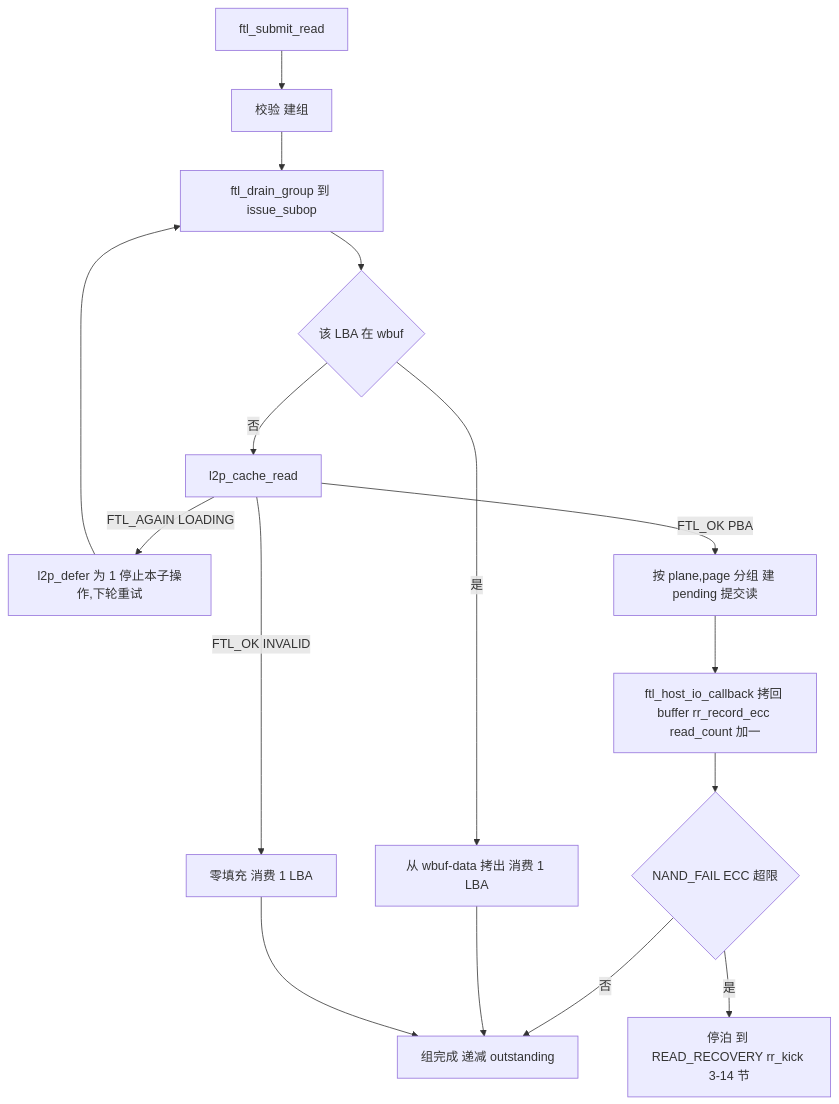
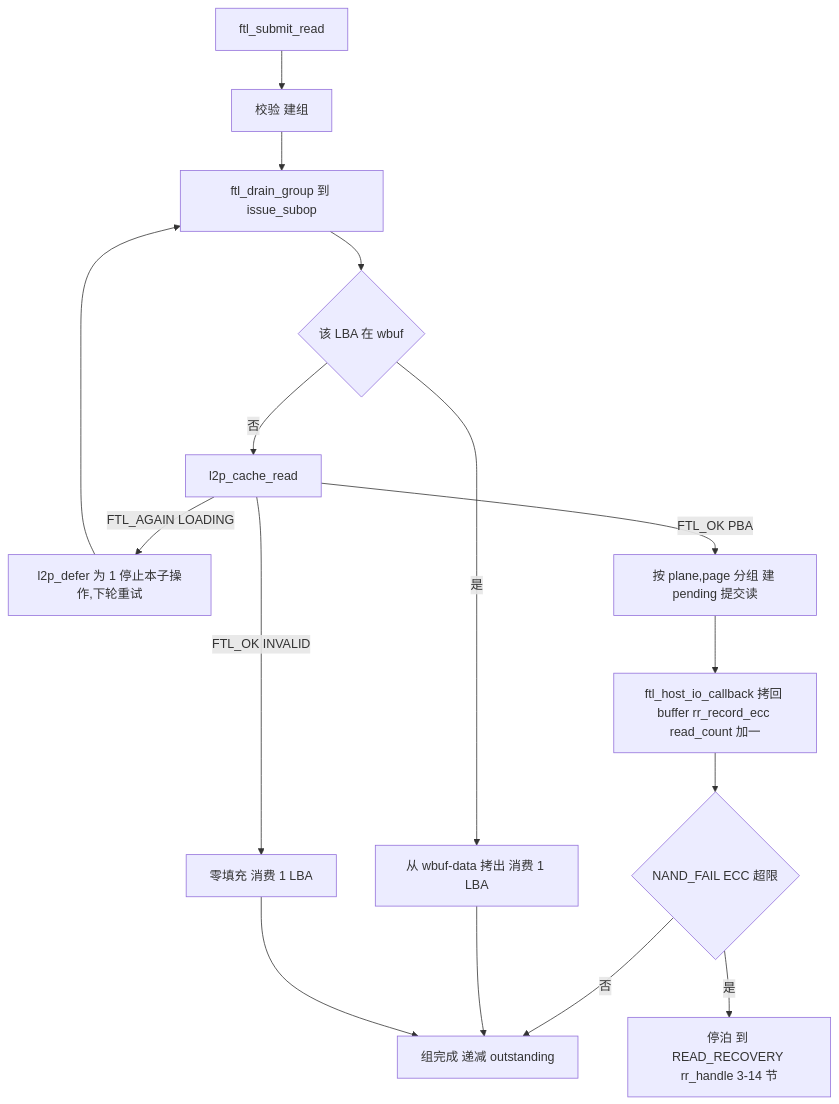
Diagram 26 of 32 in docs/design/ftl_design.md (YzYMIAO/BASESSD), drawn with Mermaid before and after one commit. The commit also changed other lines of this file and 46 other files, not shown here.

````diff
--- a/docs/design/ftl_design.md
+++ b/docs/design/ftl_design.md
@@ -3554,18 +3551,18 @@
 ```mermaid
 flowchart TD
     A["ftl_submit_read"] --> B["校验 建组"]
     B --> C["ftl_drain_group 到 issue_subop"]
     C --> D{"该 LBA 在 wbuf"}
     D -- "是" --> E["从 wbuf-data 拷出 消费 1 LBA"]
     D -- "否" --> F["l2p_cache_read"]
     F -- "FTL_AGAIN LOADING" --> G["l2p_defer 为 1 停止本子操作,下轮重试"]
     F -- "FTL_OK INVALID" --> H["零填充 消费 1 LBA"]
     F -- "FTL_OK PBA" --> I["按 plane,page 分组 建 pending 提交读"]
     I --> J["ftl_host_io_callback 拷回 buffer rr_record_ecc read_count 加一"]
     J --> K{"NAND_FAIL ECC 超限"}
-    K -- "是" --> L["停泊 到 READ_RECOVERY rr_kick 3-14 节"]
+    K -- "是" --> L["停泊 到 READ_RECOVERY rr_handle 3-14 节"]
     K -- "否" --> M["组完成 递减 outstanding"]
     E --> M
     H --> M
     G --> C
 ```
````
